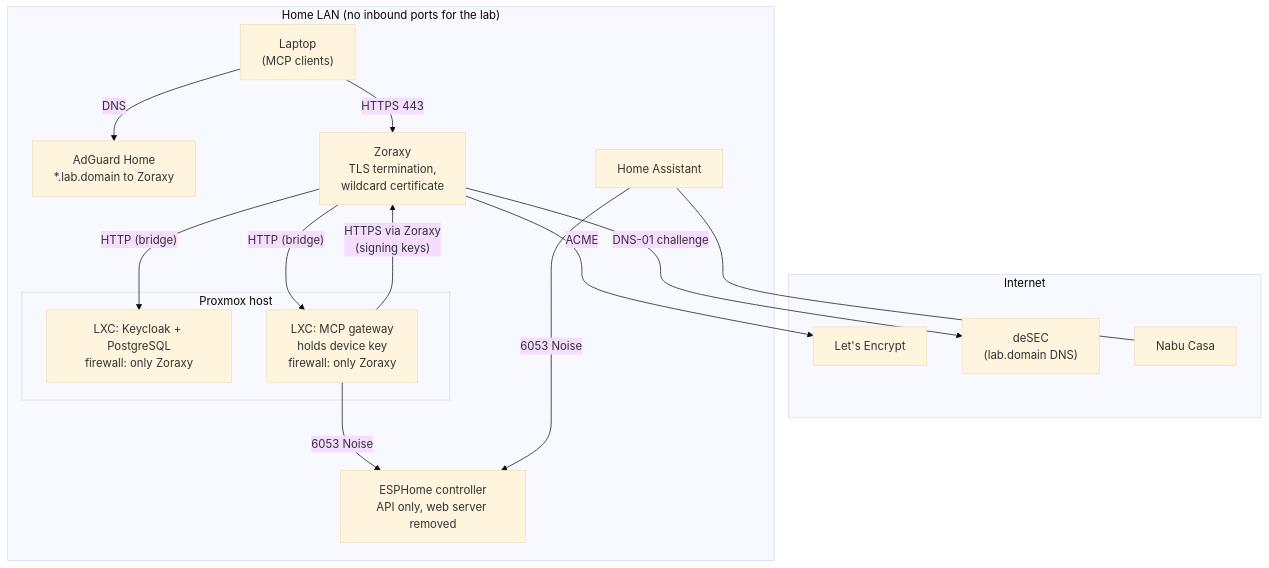
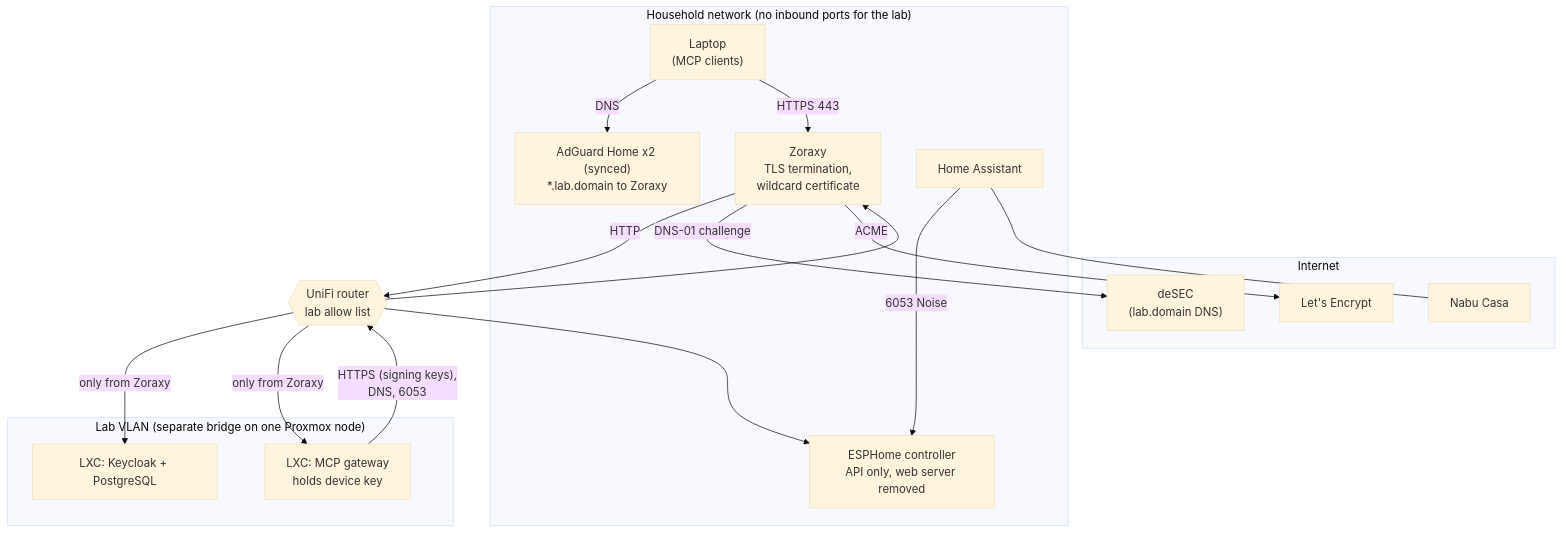
One commit to MartyTremblay/navien-mcp-gateway changed the sixth of 6 diagrams in docs/architecture/02-baseline-target.md. Above: the diagram before and after it, drawn with Mermaid (base theme). The commit also changed other lines of this file and 2 other files, not shown here.

Commit message:
Amend ADR 0006: lab VLAN with router rules instead of Proxmox firewall
Lab containers move to a dedicated VLAN on a separate bridge, so lab
work never touches the cluster's production bridge or firewall. The
router enforces a short allow list between lab and household networks.
Also record the two synced DNS servers and the certificate fallback
(existing DNS-challenge setup) after NS records proved unavailable in
the DNS host's panel and dedyn.io registration was suspended.

````diff
--- a/docs/architecture/02-baseline-target.md
+++ b/docs/architecture/02-baseline-target.md
@@ -224,31 +224,36 @@
 ```mermaid
 flowchart TB
     subgraph internet["Internet"]
         le["Let's Encrypt"]
         desec["deSEC<br/>(lab.domain DNS)"]
         nabu["Nabu Casa"]
     end
 
-    subgraph lan["Home LAN (no inbound ports for the lab)"]
+    subgraph lan["Household network (no inbound ports for the lab)"]
         laptop["Laptop<br/>(MCP clients)"]
-        adg["AdGuard Home<br/>*.lab.domain to Zoraxy"]
+        adg["AdGuard Home x2 (synced)<br/>*.lab.domain to Zoraxy"]
         zx["Zoraxy<br/>TLS termination,<br/>wildcard certificate"]
-        subgraph pve["Proxmox host"]
-            kclxc["LXC: Keycloak + PostgreSQL<br/>firewall: only Zoraxy"]
-            gwlxc["LXC: MCP gateway<br/>holds device key<br/>firewall: only Zoraxy"]
-        end
         ha["Home Assistant"]
         esp["ESPHome controller<br/>API only, web server removed"]
     end
 
+    router{{"UniFi router<br/>lab allow list"}}
+
+    subgraph labnet["Lab VLAN (separate bridge on one Proxmox node)"]
+        kclxc["LXC: Keycloak + PostgreSQL"]
+        gwlxc["LXC: MCP gateway<br/>holds device key"]
+    end
+
     laptop -- "DNS" --> adg
     laptop -- "HTTPS 443" --> zx
-    zx -- "HTTP (bridge)" --> kclxc
-    zx -- "HTTP (bridge)" --> gwlxc
-    gwlxc -- "HTTPS via Zoraxy<br/>(signing keys)" --> zx
-    gwlxc -- "6053 Noise" --> esp
+    zx -- "HTTP" --> router
+    router -- "only from Zoraxy" --> kclxc
+    router -- "only from Zoraxy" --> gwlxc
+    gwlxc -- "HTTPS (signing keys),<br/>DNS, 6053" --> router
+    router --> zx
+    router --> esp
     ha -- "6053 Noise" --> esp
     zx -- "DNS-01 challenge" --> desec
     zx -- "ACME" --> le
     ha --- nabu
 ```
````
